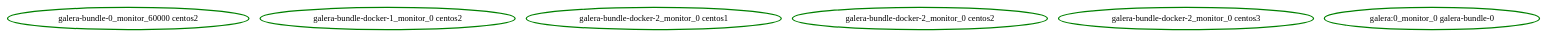
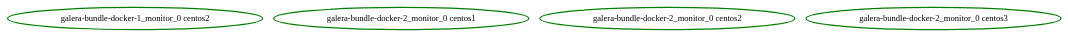
One commit to ClusterLabs/pacemaker changed the diagram in pengine/test10/bundle-probe-order-2.dot. Above: the diagram before and after it, drawn with Graphviz. The commit also changed 2 other files, not shown here.

Commit message:
Test: scheduler: update bundle test for action check changes
Not entirely sure how the changes improved this, but it did: previously, a
recurring monitor was scheduled for a stopped remote connection that isn't
going to be started, as well as a probe for a resource behind the remote. Now,
it correctly does not schedule these.

```diff
--- a/pengine/test10/bundle-probe-order-2.dot
+++ b/pengine/test10/bundle-probe-order-2.dot
@@ -1,8 +1,6 @@
 digraph "g" {
-"galera-bundle-0_monitor_60000 centos2" [ style=bold color="green" fontcolor="black"]
 "galera-bundle-docker-1_monitor_0 centos2" [ style=bold color="green" fontcolor="black"]
 "galera-bundle-docker-2_monitor_0 centos1" [ style=bold color="green" fontcolor="black"]
 "galera-bundle-docker-2_monitor_0 centos2" [ style=bold color="green" fontcolor="black"]
 "galera-bundle-docker-2_monitor_0 centos3" [ style=bold color="green" fontcolor="black"]
-"galera:0_monitor_0 galera-bundle-0" [ style=bold color="green" fontcolor="black"]
 }
```
